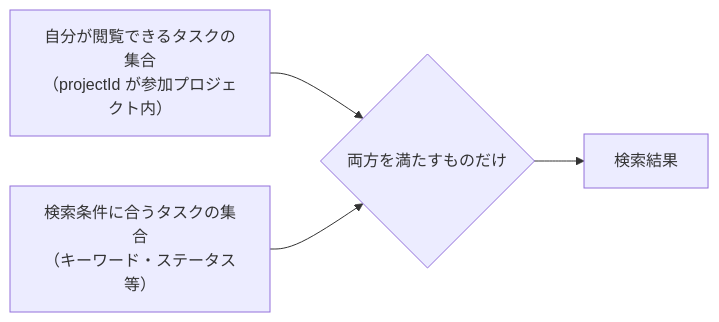
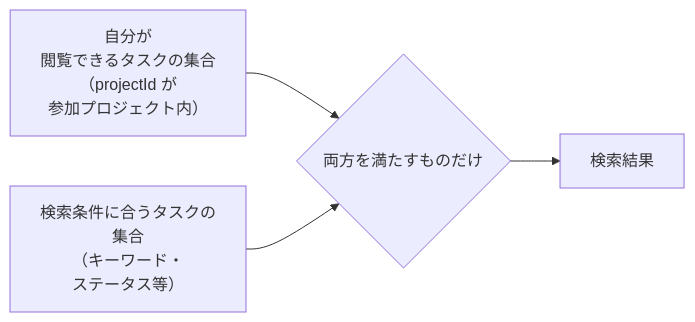
The third of 3 diagrams in material/30days-curriculum/day20_タスク検索機能.md (kouiso/task-app), drawn with Mermaid before and after one commit. The commit also changed other lines of this file and 24 other files, not shown here.

First line of the commit message:
fix(material): Mermaid 図のファイル名キャプションとノード途中折れを直す (#457) (#718)

````diff
--- a/material/30days-curriculum/day20_タスク検索機能.md
+++ b/material/30days-curriculum/day20_タスク検索機能.md
@@ -2231,8 +2232,8 @@
 ```mermaid
 flowchart LR
-    A["自分が閲覧できるタスクの集合<br/>（projectId が参加プロジェクト内）"]
-    B["検索条件に合うタスクの集合<br/>（キーワード・ステータス等）"]
+    A["自分が<br/>閲覧できるタスクの集合<br/>（projectId が<br/>参加プロジェクト内）"]
+    B["検索条件に合うタスクの<br/>集合<br/>（キーワード・<br/>ステータス等）"]
     A --> M{"両方を満たすものだけ"}
     B --> M
     M --> R["検索結果"]
 ```
````
